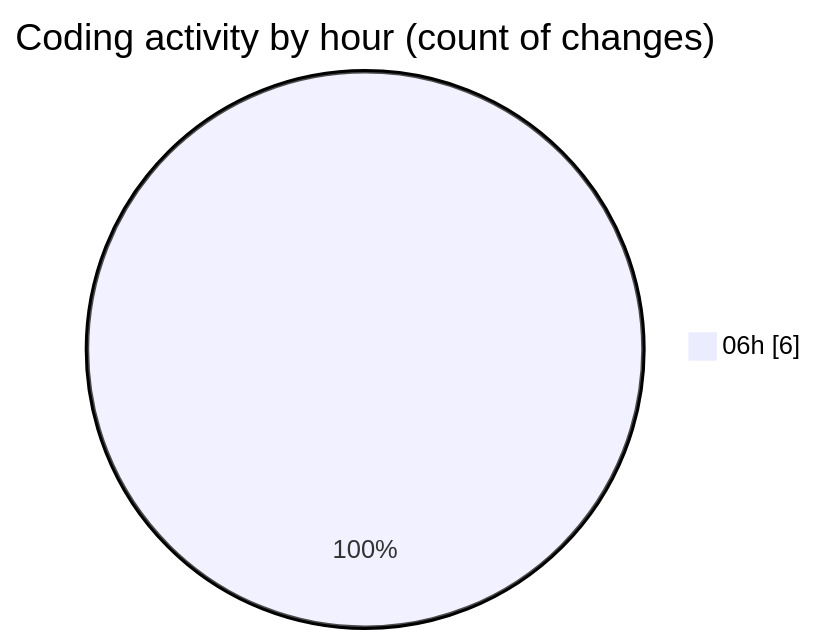
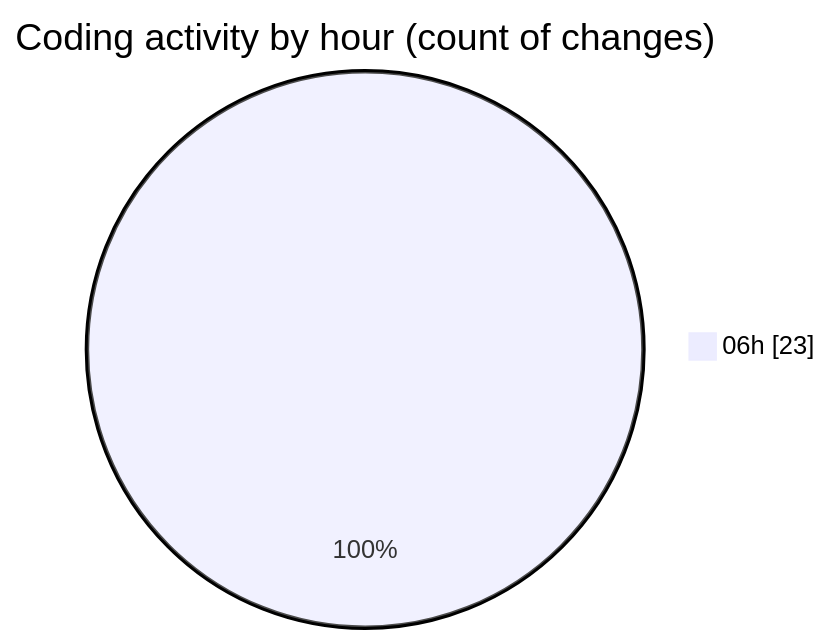
One commit to becaeroporto-bot/code-tracking changed the second of 2 diagrams in 2026-02-21/bot_i_a/README.md. Above: the diagram before and after it, drawn with Mermaid. The commit also changed other lines of this file and 1 other file, not shown here.

````diff
--- a/2026-02-21/bot_i_a/README.md
+++ b/2026-02-21/bot_i_a/README.md
@@ -28,5 +35,5 @@
 ```mermaid
 pie showData
 title Coding activity by hour (count of changes)
-"06h" : 6
+"06h" : 23
 ```
````
